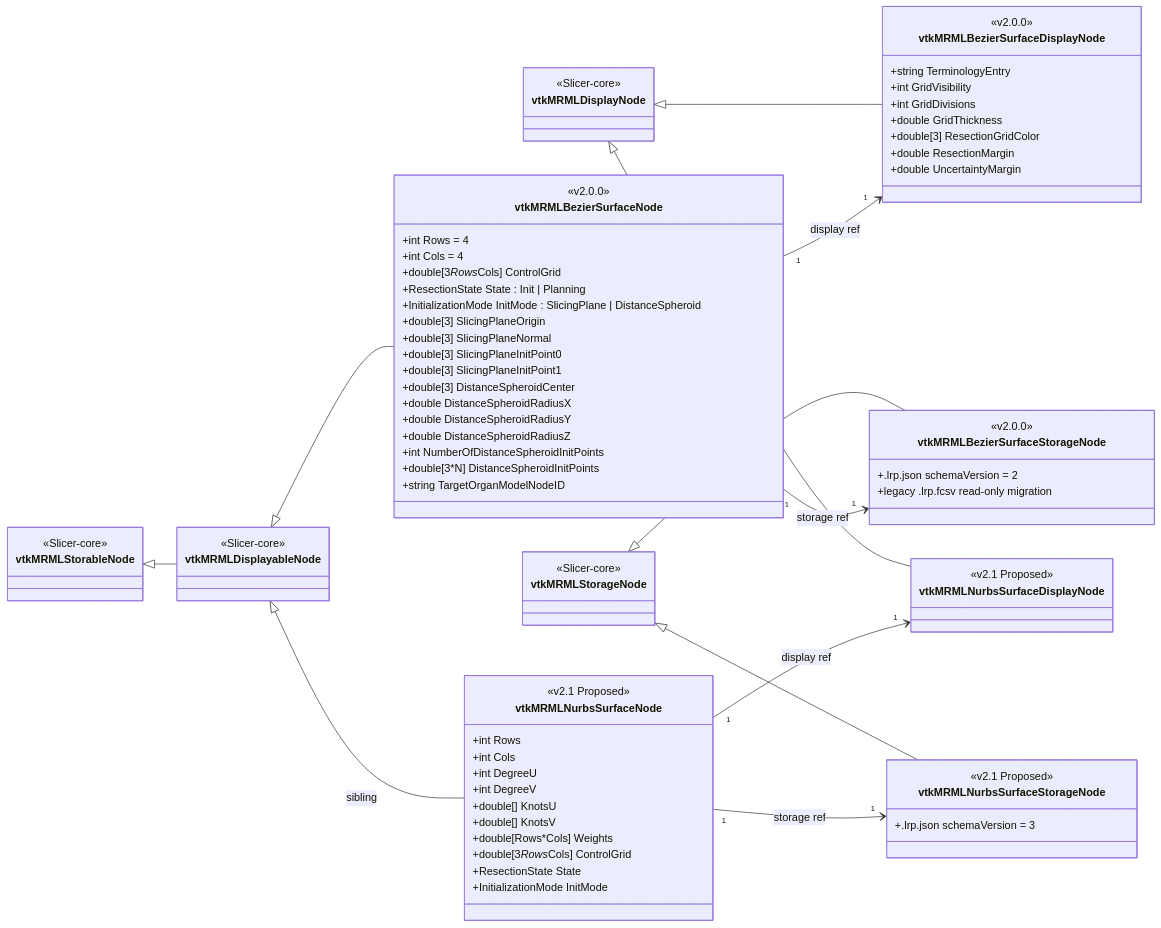
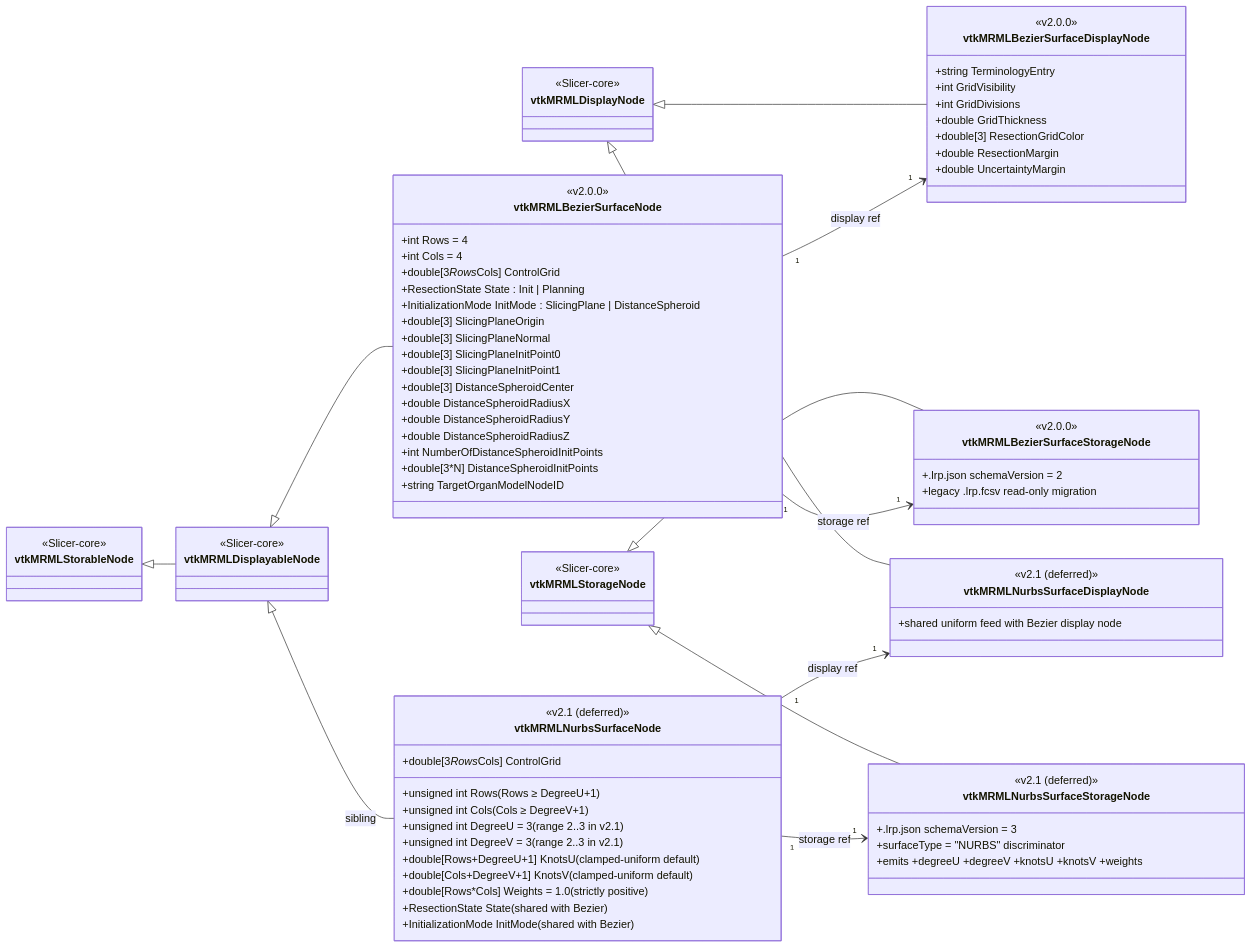
One commit to ALive-research/Slicer-Liver changed the diagram in Docs/architecture/target-mrml-node-hierarchy.md. Above: the diagram before and after it, drawn with Mermaid. The commit also changed other lines of this file and 4 other files, not shown here.

```diff
--- a/Docs/architecture/target-mrml-node-hierarchy.md
+++ b/Docs/architecture/target-mrml-node-hierarchy.md
@@ -69,26 +71,29 @@
     }
 
     class vtkMRMLNurbsSurfaceNode {
-        <<v2.1 Proposed>>
-        +int Rows
-        +int Cols
-        +int DegreeU
-        +int DegreeV
-        +double[] KnotsU
-        +double[] KnotsV
-        +double[Rows*Cols] Weights
+        <<v2.1 (deferred)>>
+        +unsigned int Rows (Rows ≥ DegreeU+1)
+        +unsigned int Cols (Cols ≥ DegreeV+1)
+        +unsigned int DegreeU = 3 (range 2..3 in v2.1)
+        +unsigned int DegreeV = 3 (range 2..3 in v2.1)
+        +double[Rows+DegreeU+1] KnotsU (clamped-uniform default)
+        +double[Cols+DegreeV+1] KnotsV (clamped-uniform default)
+        +double[Rows*Cols] Weights = 1.0 (strictly positive)
         +double[3*Rows*Cols] ControlGrid
-        +ResectionState State
-        +InitializationMode InitMode
+        +ResectionState State (shared with Bezier)
+        +InitializationMode InitMode (shared with Bezier)
     }
 
     class vtkMRMLNurbsSurfaceDisplayNode {
-        <<v2.1 Proposed>>
+        <<v2.1 (deferred)>>
+        +shared uniform feed with Bezier display node
     }
 
     class vtkMRMLNurbsSurfaceStorageNode {
-        <<v2.1 Proposed>>
+        <<v2.1 (deferred)>>
         +.lrp.json schemaVersion = 3
+        +surfaceType = "NURBS" discriminator
+        +emits +degreeU +degreeV +knotsU +knotsV +weights
     }
 
     vtkMRMLDisplayableNode <|-- vtkMRMLBezierSurfaceNode
```
